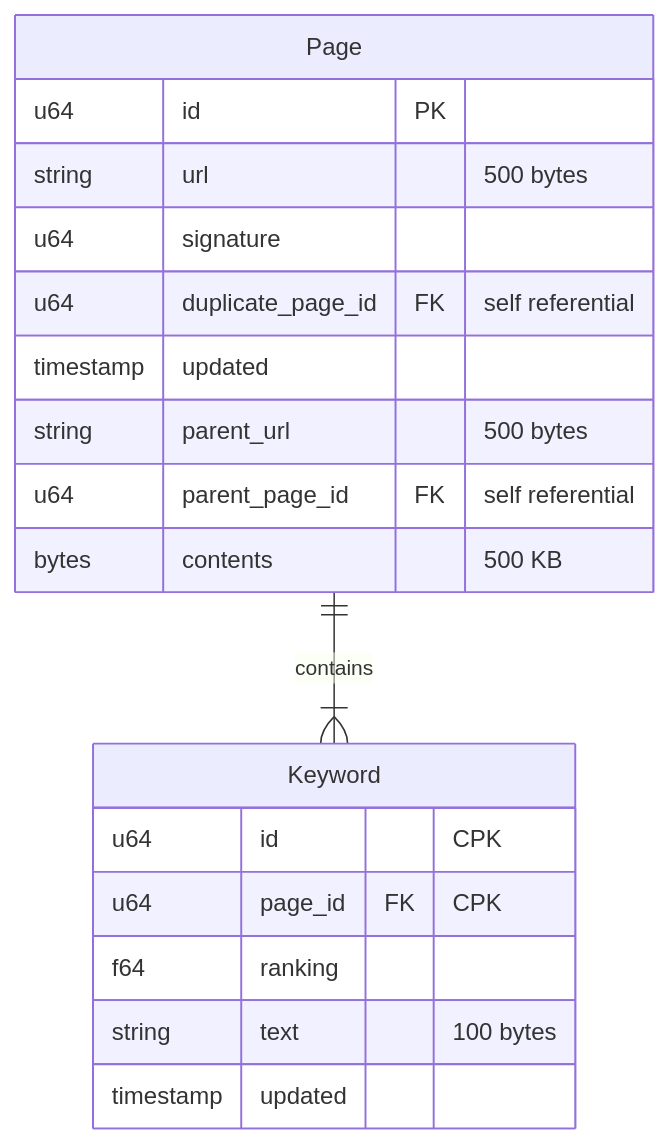
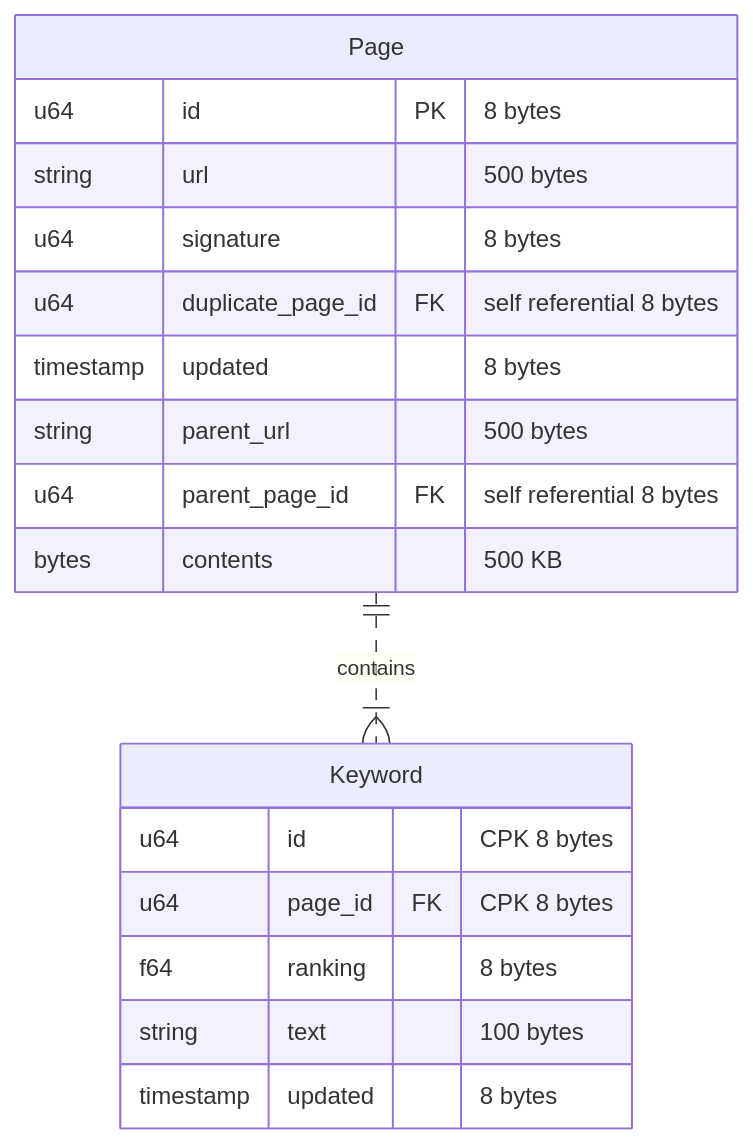
Before and after one commit to brpandey/leetcode-notes: the diagram in sys-design/hacking/35_web_crawler.md, drawn with Mermaid. The commit also changed other lines of this file and 16 other files, not shown here.

Commit message:
Added schema data type sizes

````diff
--- a/sys-design/hacking/35_web_crawler.md
+++ b/sys-design/hacking/35_web_crawler.md
@@ -58,23 +58,23 @@
 ```mermaid
    erDiagram
-       Page ||--}| Keyword : contains
+       Page ||..}| Keyword : contains
        
        Page {
-           u64 id PK
+           u64 id PK "8 bytes"
            string url "500 bytes"
-           u64 signature
-           u64 duplicate_page_id FK "self referential"
-           timestamp updated
+           u64 signature "8 bytes"
+           u64 duplicate_page_id FK "self referential 8 bytes"
+           timestamp updated "8 bytes"
            string parent_url "500 bytes"
-           u64 parent_page_id FK "self referential"
+           u64 parent_page_id FK "self referential 8 bytes"
            bytes contents "500 KB"
        }
        
        Keyword {
-           u64 id "CPK"
-           u64 page_id FK "CPK"
-           f64 ranking
+           u64 id "CPK 8 bytes"
+           u64 page_id FK "CPK 8 bytes"
+           f64 ranking "8 bytes"
            string text "100 bytes"
-           timestamp updated
+           timestamp updated "8 bytes"
        }
 ```
````
